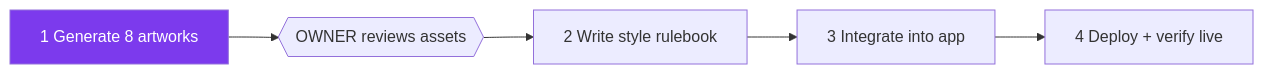
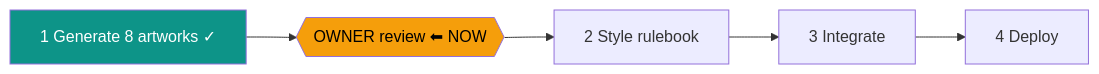
Before and after one commit to dkreinov/magic-clinic-english: the diagram in .oplan/delight-pass/STATUS.md, drawn with Mermaid. The commit also changed other lines of this file and 1 other file, not shown here.

Commit message:
oplan: phase 1 closed — at owner gate

````diff
--- a/.oplan/delight-pass/STATUS.md
+++ b/.oplan/delight-pass/STATUS.md
@@ -9,5 +11,6 @@
 ```mermaid
 flowchart LR
-    P1[1 Generate 8 artworks] --> GATE{{OWNER reviews assets}} --> P2[2 Write style rulebook] --> P3[3 Integrate into app] --> P4[4 Deploy + verify live]
-    style P1 fill:#7c3aed,color:#fff
+    P1[1 Generate 8 artworks ✓] --> GATE{{OWNER review ⬅ NOW}} --> P2[2 Style rulebook] --> P3[3 Integrate] --> P4[4 Deploy]
+    style P1 fill:#0d9488,color:#fff
+    style GATE fill:#f59e0b,color:#000
 ```
````
